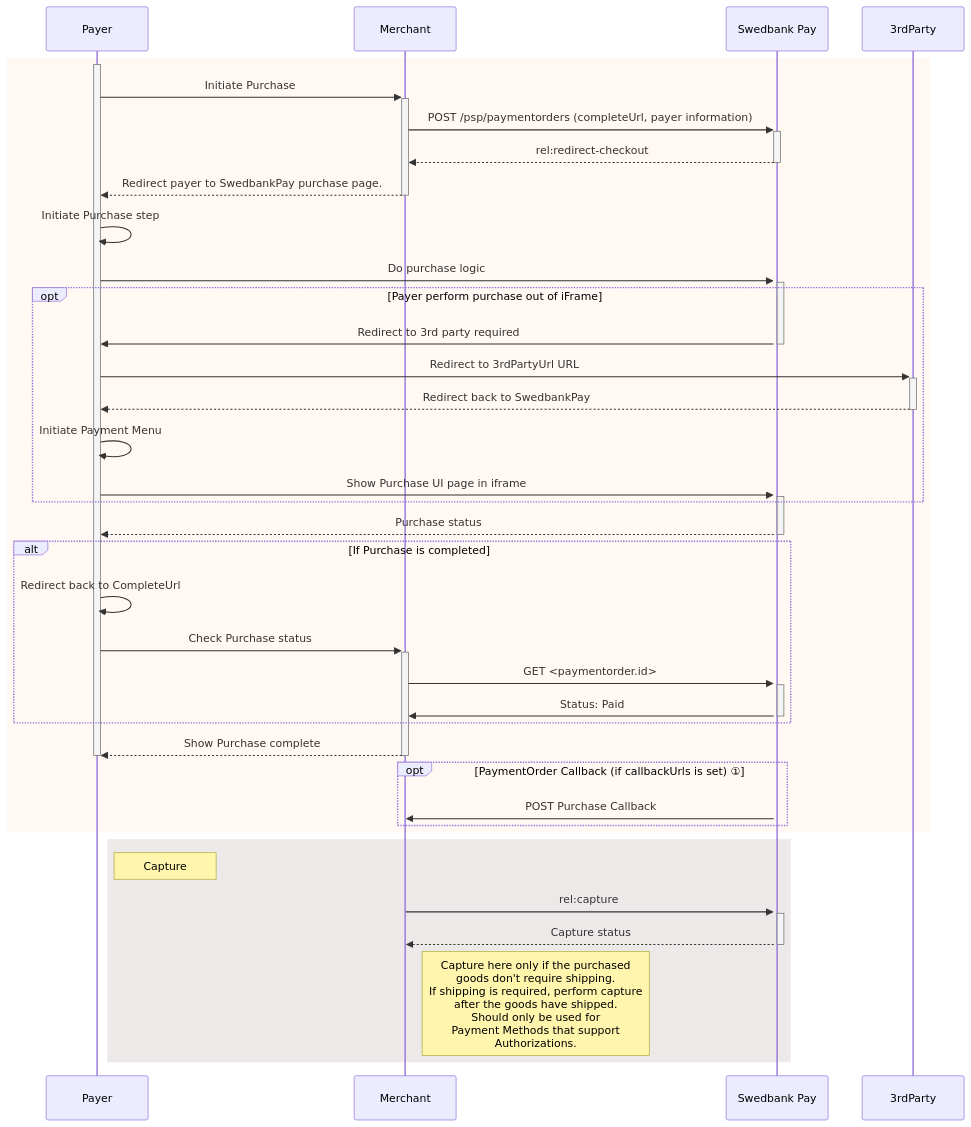
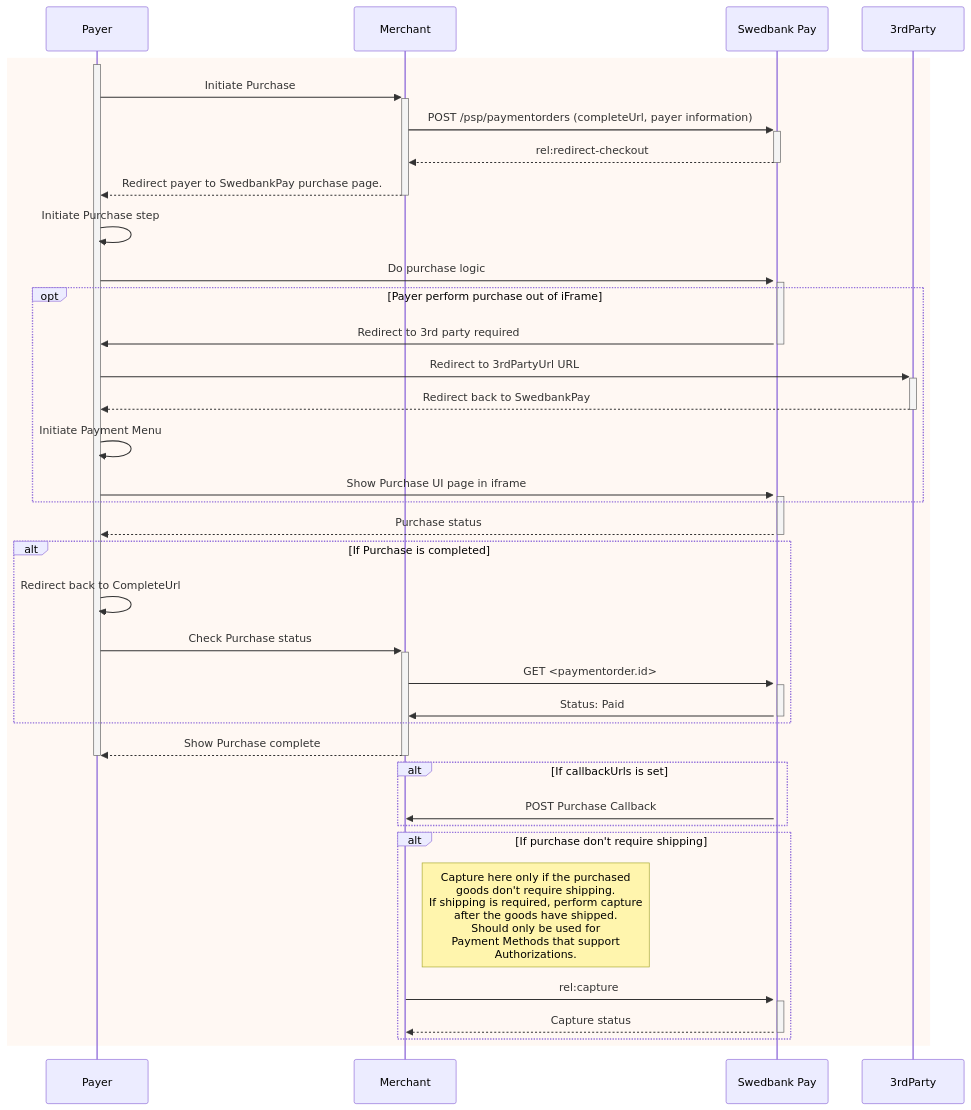
The diagram in _includes/redirect-payment-ui.md (SwedbankPay/developer.swedbankpay.com), drawn with Mermaid before and after one commit. The commit also changed other lines of this file and 2 other files, not shown here.

Commit message:
ESY-6289 Make sequence diagrams clickable in order to enlarge

````diff
--- a/_includes/redirect-payment-ui.md
+++ b/_includes/redirect-payment-ui.md
@@ -77,49 +77,49 @@
 ```mermaid
 sequenceDiagram
 participant Payer
 participant Merchant
 participant SwedbankPay as Swedbank Pay
 participant 3rdParty
 
 rect rgba(238, 112, 35, 0.05)
     activate Payer
     Payer ->>+ Merchant: Initiate Purchase
     Merchant ->>+ SwedbankPay: POST /psp/paymentorders (completeUrl, payer information)
     SwedbankPay -->>- Merchant: rel:redirect-checkout
     Merchant -->>- Payer: Redirect payer to SwedbankPay purchase page.
     Payer ->> Payer: Initiate Purchase step
     Payer ->>+ SwedbankPay: Do purchase logic
     activate SwedbankPay
 
     opt Payer perform purchase out of iFrame
         SwedbankPay ->>- Payer: Redirect to 3rd party required
         Payer ->>+ 3rdParty: Redirect to 3rdPartyUrl URL
         3rdParty -->>- Payer: Redirect back to SwedbankPay
         Payer ->> Payer: Initiate Payment Menu
         Payer ->>+ SwedbankPay: Show Purchase UI page in iframe
     end
 
     SwedbankPay -->>- Payer: Purchase status
 
     alt If Purchase is completed
         Payer ->> Payer: Redirect back to CompleteUrl
         Payer ->>+ Merchant: Check Purchase status
         Merchant ->>+ SwedbankPay: GET <paymentorder.id>
         SwedbankPay ->>- Merchant: Status: Paid
     end
-
+    
     Merchant -->>- Payer: Show Purchase complete
     deactivate Payer
-
-    opt PaymentOrder Callback (if callbackUrls is set) ①
+    
+    alt If callbackUrls is set
         SwedbankPay ->> Merchant: POST Purchase Callback
     end
-end
 
-rect rgba(81,43,43,0.1)
-    note right of Payer: Capture
-    Merchant ->>+ SwedbankPay: rel:capture
-    SwedbankPay -->>- Merchant: Capture status
-    note right of Merchant: Capture here only if the purchased<br/>goods don't require shipping.<br/>If shipping is required, perform capture<br/>after the goods have shipped.<br>Should only be used for <br>Payment Methods that support <br>Authorizations.
+    alt If purchase don't require shipping
+      note right of Merchant: Capture here only if the purchased<br/>goods don't require shipping.<br/>If shipping is required, perform capture<br/>after the goods have shipped.<br>Should only be used for <br>Payment Methods that support <br>Authorizations.
+      Merchant ->>+ SwedbankPay: rel:capture
+      SwedbankPay -->>- Merchant: Capture status
+    end
+
 end
 ```
````
